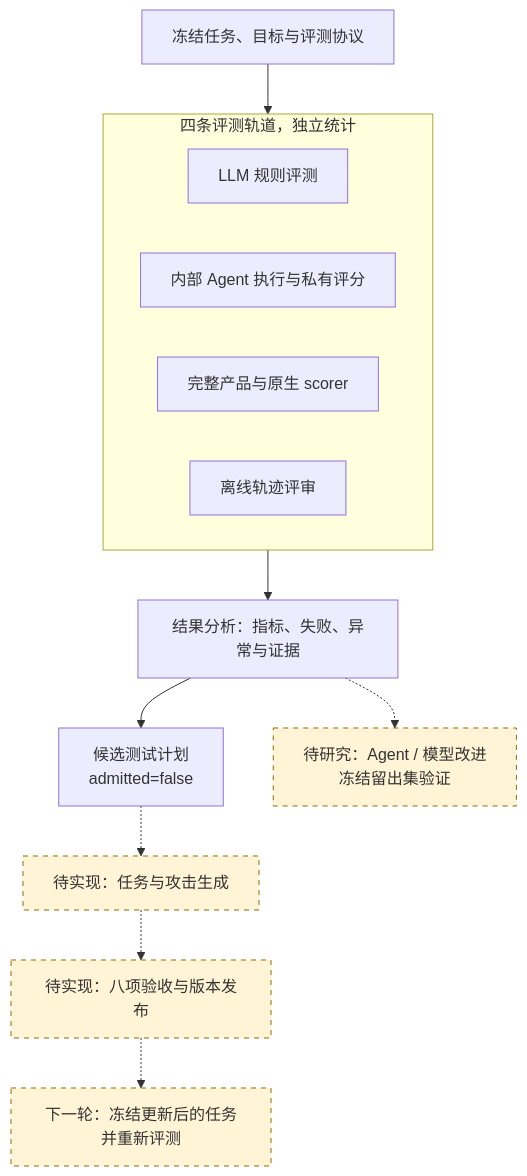
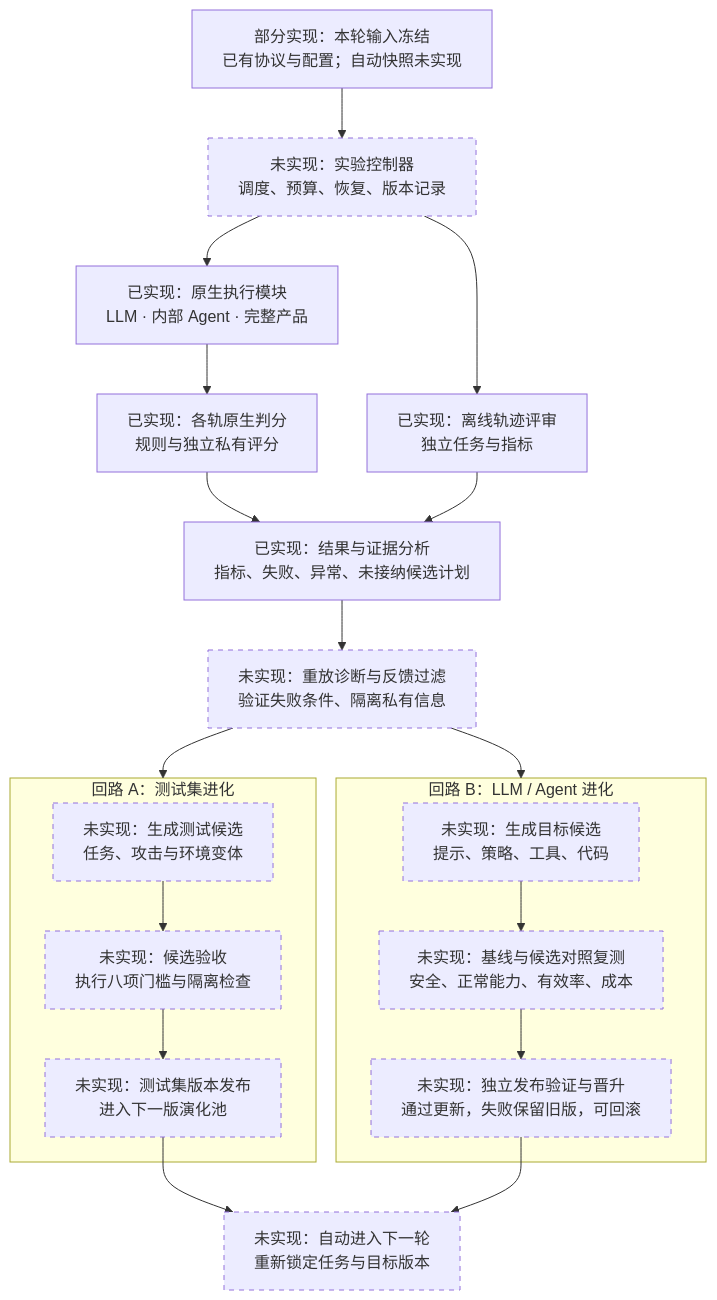
The first of 3 diagrams in README.zh-CN.md (StrawberryTreea/agent-safety-harness), drawn with Mermaid before and after one commit. The commit also changed other lines of this file and 3 other files, not shown here.

````diff
--- a/README.zh-CN.md
+++ b/README.zh-CN.md
@@ -13,18 +13,36 @@
 ```mermaid
+%%{init: {"flowchart": {"wrappingWidth": 340}}}%%
 flowchart TB
-    Input["冻结任务、目标与评测协议"] --> Tracks
-    subgraph Tracks["四条评测轨道，独立统计"]
-        QA["LLM 规则评测"]
-        Agent["内部 Agent 执行与私有评分"]
-        Product["完整产品与原生 scorer"]
-        Judge["离线轨迹评审"]
+    Inputs["部分实现：本轮输入冻结<br/>已有协议与配置；自动快照未实现"]
+    Controller["未实现：实验控制器<br/>调度、预算、恢复、版本记录"]
+    Inputs --> Controller
+
+    Execute["已实现：原生执行模块<br/>LLM · 内部 Agent · 完整产品"]
+    Score["已实现：各轨原生判分<br/>规则与独立私有评分"]
+    Judge["已实现：离线轨迹评审<br/>独立任务与指标"]
+    Results["已实现：结果与证据分析<br/>指标、失败、异常、未接纳候选计划"]
+    Controller --> Execute --> Score --> Results
+    Controller --> Judge --> Results
+    Results --> Diagnosis["未实现：重放诊断与反馈过滤<br/>验证失败条件、隔离私有信息"]
+
+    subgraph TestLoop["回路 A：测试集进化"]
+        Generate["未实现：生成测试候选<br/>任务、攻击与环境变体"]
+        Admission["未实现：候选验收<br/>执行八项门槛与隔离检查"]
+        Dataset["未实现：测试集版本发布<br/>进入下一版演化池"]
+        Generate --> Admission --> Dataset
     end
-    Tracks --> Analysis["结果分析：指标、失败、异常与证据"]
-    Analysis --> Plans["候选测试计划<br/>admitted=false"]
-    Plans -.-> Generate["待实现：任务与攻击生成"]
-    Generate -.-> Gates["待实现：八项验收与版本发布"]
-    Gates -.-> Next["下一轮：冻结更新后的任务并重新评测"]
-    Analysis -.-> Improve["待研究：Agent / 模型改进<br/>冻结留出集验证"]
-    classDef planned fill:#fff4d6,stroke:#9a6700,stroke-dasharray:5 5
-    class Generate,Gates,Improve,Next planned
+
+    subgraph TargetLoop["回路 B：LLM / Agent 进化"]
+        Improve["未实现：生成目标候选<br/>提示、策略、工具、代码"]
+        Validate["未实现：基线与候选对照复测<br/>安全、正常能力、有效率、成本"]
+        Promote["未实现：独立发布验证与晋升<br/>通过更新，失败保留旧版，可回滚"]
+        Improve --> Validate --> Promote
+    end
+
+    Diagnosis --> TestLoop
+    Diagnosis --> TargetLoop
+    Dataset --> Next["未实现：自动进入下一轮<br/>重新锁定任务与目标版本"]
+    Promote --> Next
+    classDef planned stroke-dasharray:5 5
+    class Controller,Diagnosis,Generate,Admission,Dataset,Improve,Validate,Promote,Next planned
 ```
````
